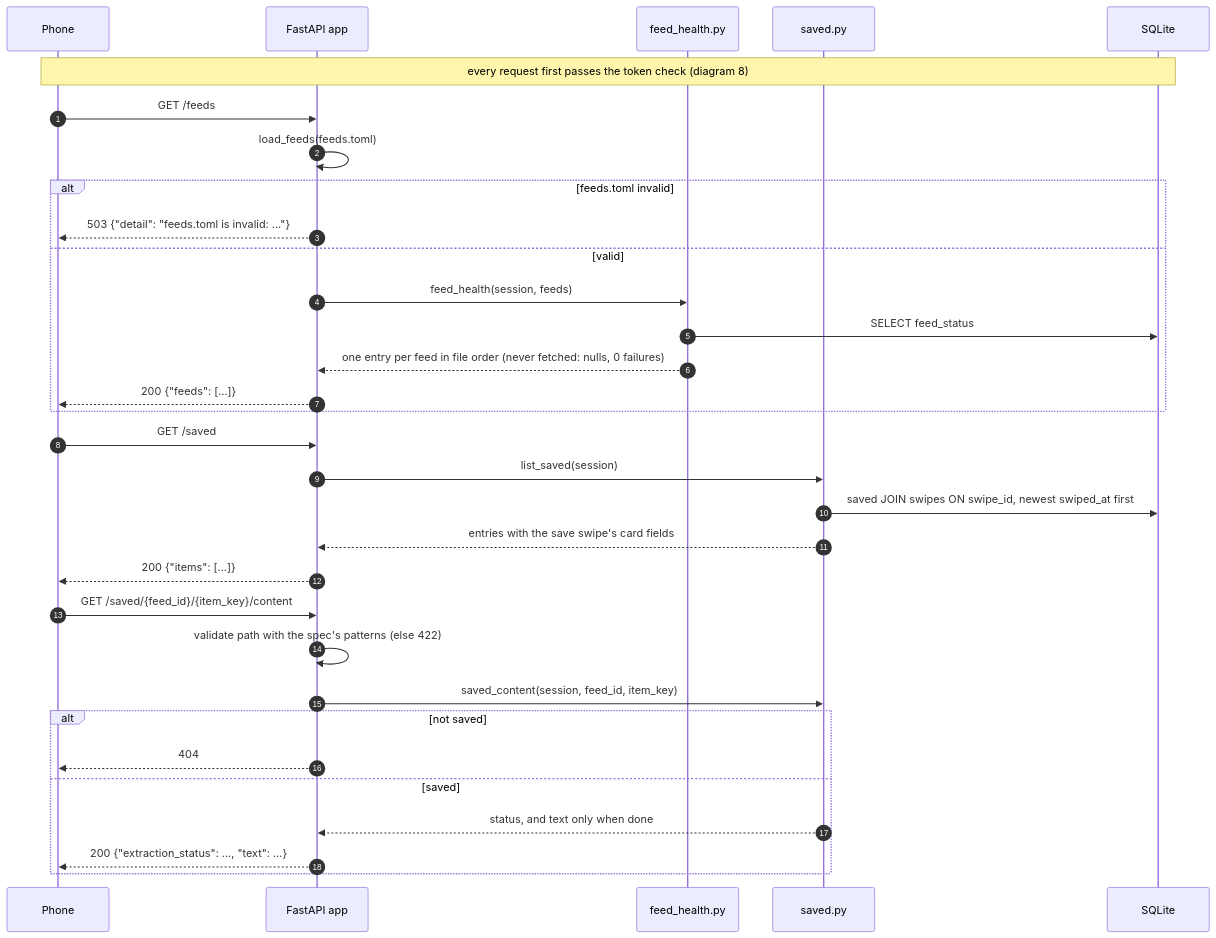
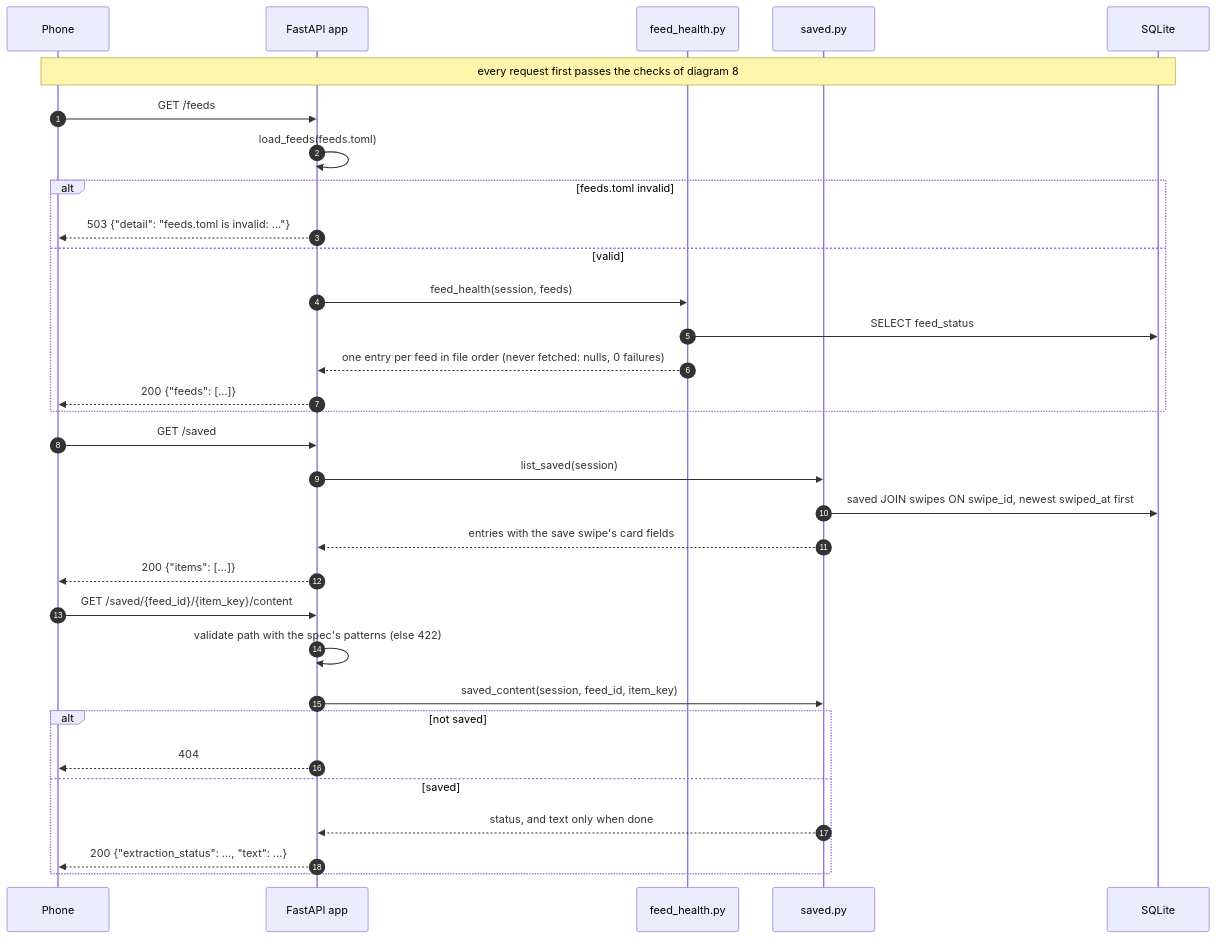
Diagram 11 of 18 in docs/architecture.md (shanirub/swipe-rss-reader), drawn with Mermaid before and after one commit. The commit also changed other lines of this file and 31 other files, not shown here.

````diff
--- a/docs/architecture.md
+++ b/docs/architecture.md
@@ -444,38 +446,38 @@
 ```mermaid
 sequenceDiagram
     autonumber
     participant phone as Phone
     participant app as FastAPI app
     participant health as feed_health.py
     participant saved as saved.py
     participant db as SQLite
 
-    Note over phone,db: every request first passes the token check (diagram 8)
+    Note over phone,db: every request first passes the checks of diagram 8
 
     phone->>app: GET /feeds
     app->>app: load_feeds(feeds.toml)
     alt feeds.toml invalid
         app-->>phone: 503 {"detail": "feeds.toml is invalid: ..."}
     else valid
         app->>health: feed_health(session, feeds)
         health->>db: SELECT feed_status
         health-->>app: one entry per feed in file order (never fetched: nulls, 0 failures)
         app-->>phone: 200 {"feeds": [...]}
     end
 
     phone->>app: GET /saved
     app->>saved: list_saved(session)
     saved->>db: saved JOIN swipes ON swipe_id, newest swiped_at first
     saved-->>app: entries with the save swipe's card fields
     app-->>phone: 200 {"items": [...]}
 
     phone->>app: GET /saved/{feed_id}/{item_key}/content
     app->>app: validate path with the spec's patterns (else 422)
     app->>saved: saved_content(session, feed_id, item_key)
     alt not saved
         app-->>phone: 404
     else saved
         saved-->>app: status, and text only when done
         app-->>phone: 200 {"extraction_status": ..., "text": ...}
     end
 ```
````
